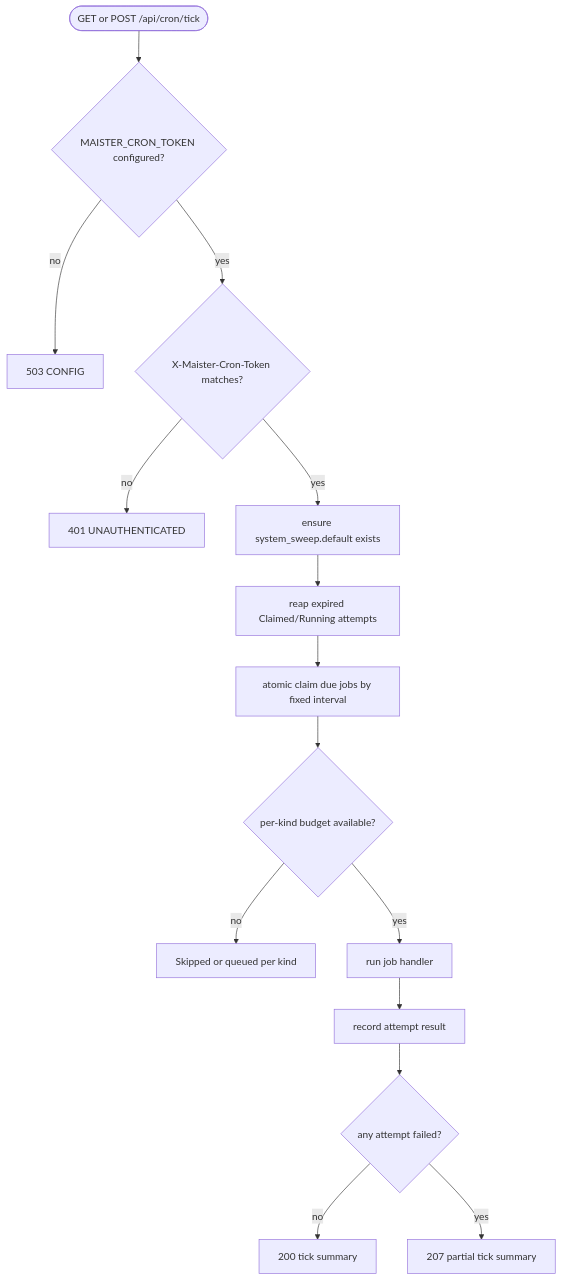
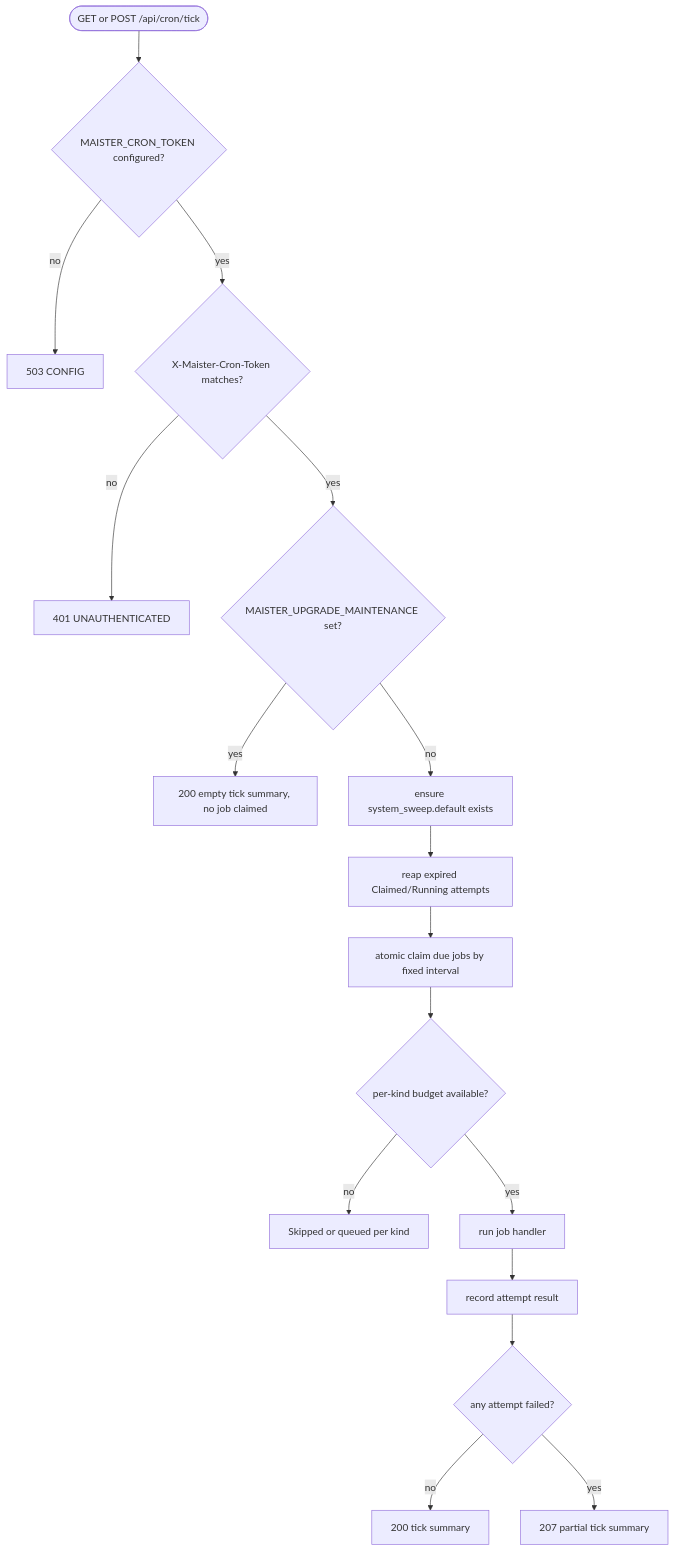
Before and after one commit to maister-dev/maister: the second of 5 diagrams in docs/system-analytics/scheduler.md, drawn with Mermaid. The commit also changed other lines of this file and 24 other files, not shown here.

First line of the commit message:
feat(db): stage the execution data-plane upgrade behind a maintenance fence

````diff
--- a/docs/system-analytics/scheduler.md
+++ b/docs/system-analytics/scheduler.md
@@ -222,17 +222,19 @@
 ```mermaid
 flowchart TD
     Req([GET or POST /api/cron/tick]) --> Cfg{MAISTER_CRON_TOKEN configured?}
     Cfg -- no --> R503[503 CONFIG]
     Cfg -- yes --> Tok{X-Maister-Cron-Token matches?}
     Tok -- no --> R401[401 UNAUTHENTICATED]
-    Tok -- yes --> Bootstrap[ensure system_sweep.default exists]
+    Tok -- yes --> Fence{MAISTER_UPGRADE_MAINTENANCE set?}
+    Fence -- yes --> R200F[200 empty tick summary, no job claimed]
+    Fence -- no --> Bootstrap[ensure system_sweep.default exists]
     Bootstrap --> Reap[reap expired Claimed/Running attempts]
     Reap --> Claim[atomic claim due jobs by fixed interval]
     Claim --> Budget{per-kind budget available?}
     Budget -- no --> Skip[Skipped or queued per kind]
     Budget -- yes --> Handle[run job handler]
     Handle --> Summary[record attempt result]
     Summary --> Resp{any attempt failed?}
     Resp -- no --> R200[200 tick summary]
     Resp -- yes --> R207[207 partial tick summary]
 ```
````
